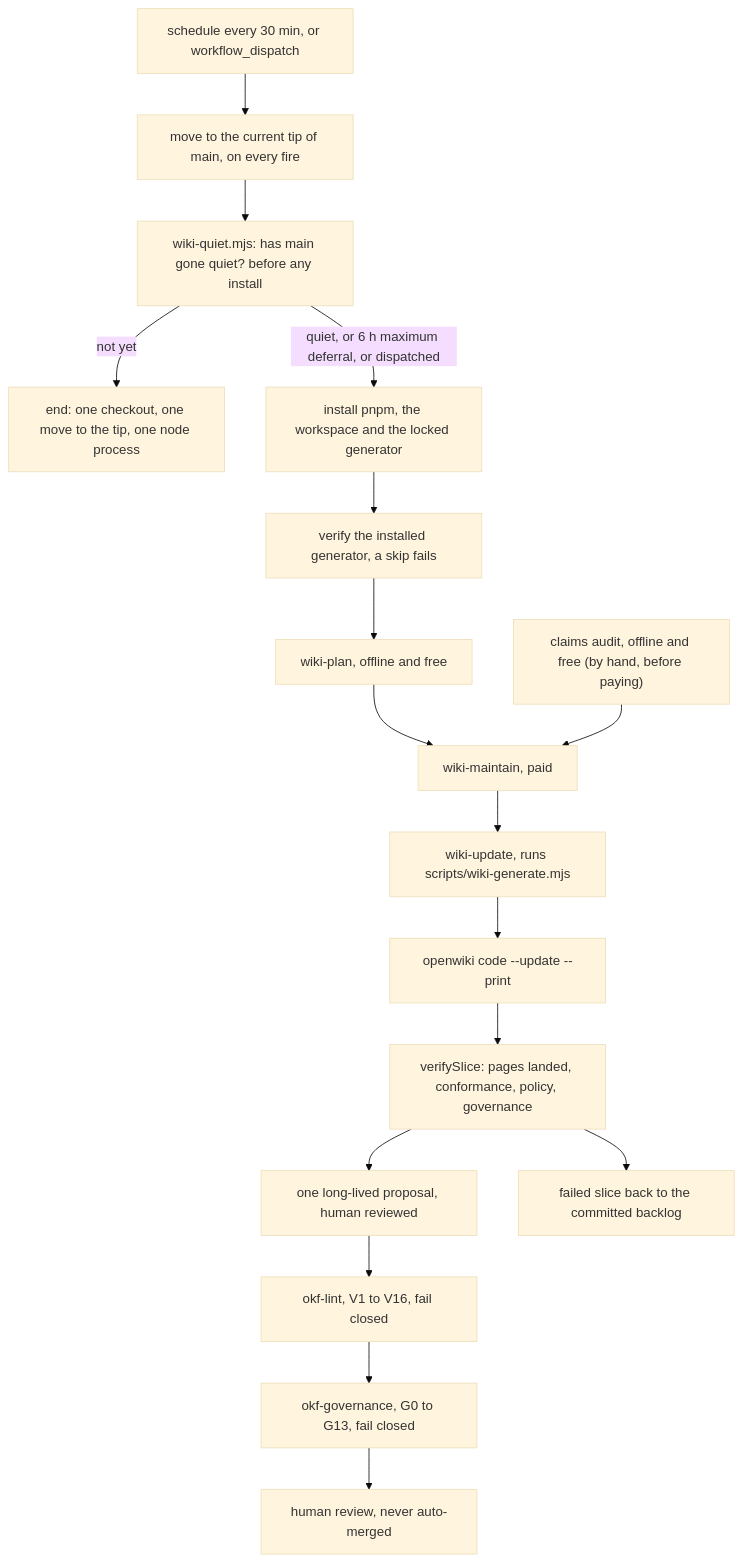
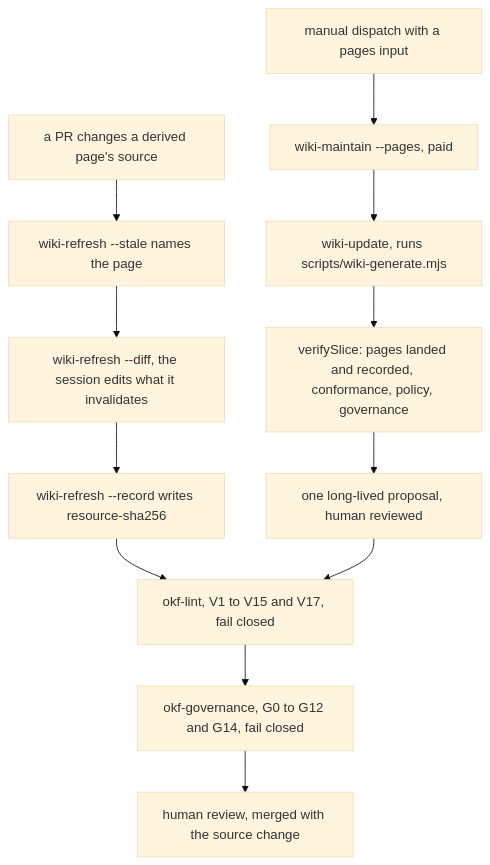
Before and after one commit to jumbleknot/MovieCollectionManager: the diagram in openwiki/process/wiki-maintenance.md, drawn with Mermaid (base theme). The commit also changed other lines of this file and 39 other files, not shown here.

First line of the commit message:
docs(openwiki): 098 cut-over — last refreshes, every derived page recorded, V17 live (T023, T025, T026)

````diff
--- a/openwiki/process/wiki-maintenance.md
+++ b/openwiki/process/wiki-maintenance.md
@@ -110,19 +46,14 @@
 ```mermaid
 flowchart TD
-    Fire["schedule every 30 min, or workflow_dispatch"] --> Tip["move to the current tip of main, on every fire"]
-    Tip --> Quiet["wiki-quiet.mjs: has main gone quiet? before any install"]
-    Quiet -->|"not yet"| NoRun["end: one checkout, one move to the tip, one node process"]
-    Quiet -->|"quiet, or 6 h maximum deferral, or dispatched"| Install["install pnpm, the workspace and the locked generator"]
-    Install --> Guard["verify the installed generator, a skip fails"]
-    Guard --> Plan["wiki-plan, offline and free"]
-    Plan --> Maintain["wiki-maintain, paid"]
-    Audit["claims audit, offline and free (by hand, before paying)"] --> Maintain
+    Change["a PR changes a derived page's source"] --> Stale["wiki-refresh --stale names the page"]
+    Stale --> Diff["wiki-refresh --diff, the session edits what it invalidates"]
+    Diff --> Record["wiki-refresh --record writes resource-sha256"]
+    Record --> Lint["okf-lint, V1 to V15 and V17, fail closed"]
+    Lint --> Gov["okf-governance, G0 to G12 and G14, fail closed"]
+    Gov --> Review["human review, merged with the source change"]
+    Dispatch["manual dispatch with a pages input"] --> Maintain["wiki-maintain --pages, paid"]
     Maintain --> Generate["wiki-update, runs scripts/wiki-generate.mjs"]
-    Generate --> Cli["openwiki code --update --print"]
-    Cli --> Verify["verifySlice: pages landed, conformance, policy, governance"]
+    Generate --> Verify["verifySlice: pages landed and recorded, conformance, policy, governance"]
     Verify --> Proposal["one long-lived proposal, human reviewed"]
-    Verify --> Backlog["failed slice back to the committed backlog"]
-    Proposal --> Lint["okf-lint, V1 to V16, fail closed"]
-    Lint --> Gov["okf-governance, G0 to G13, fail closed"]
-    Gov --> Review["human review, never auto-merged"]
+    Proposal --> Lint
 ```
````
